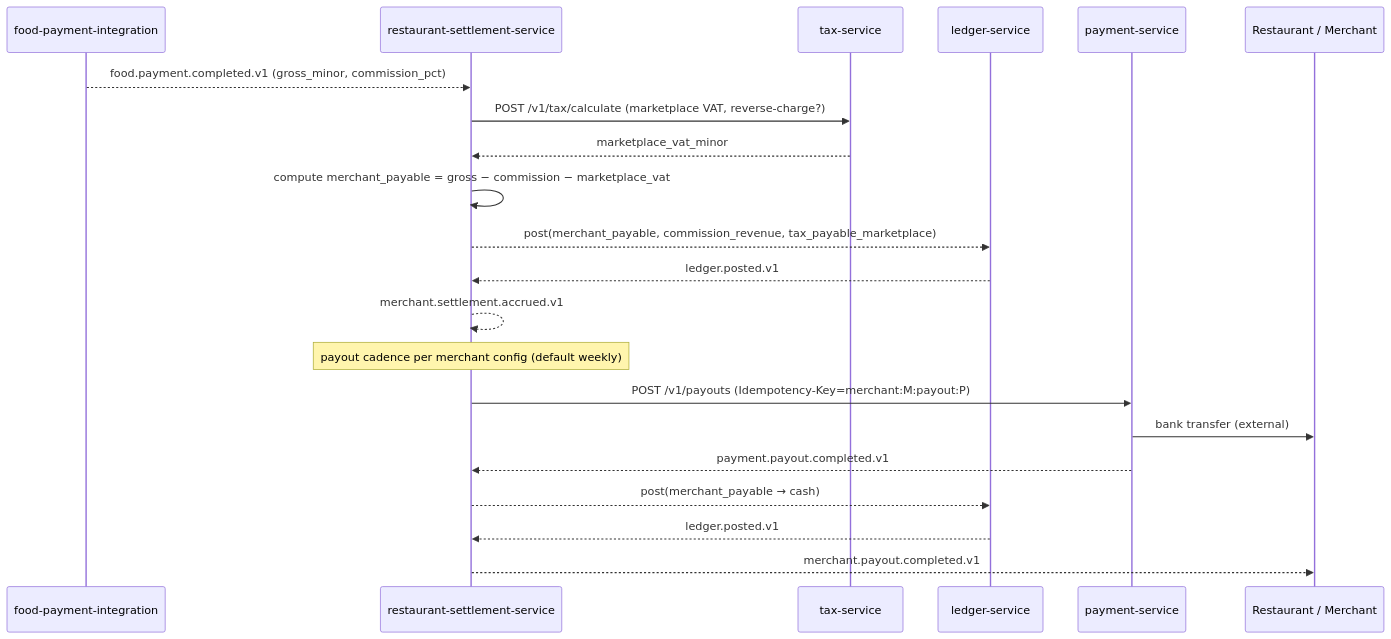
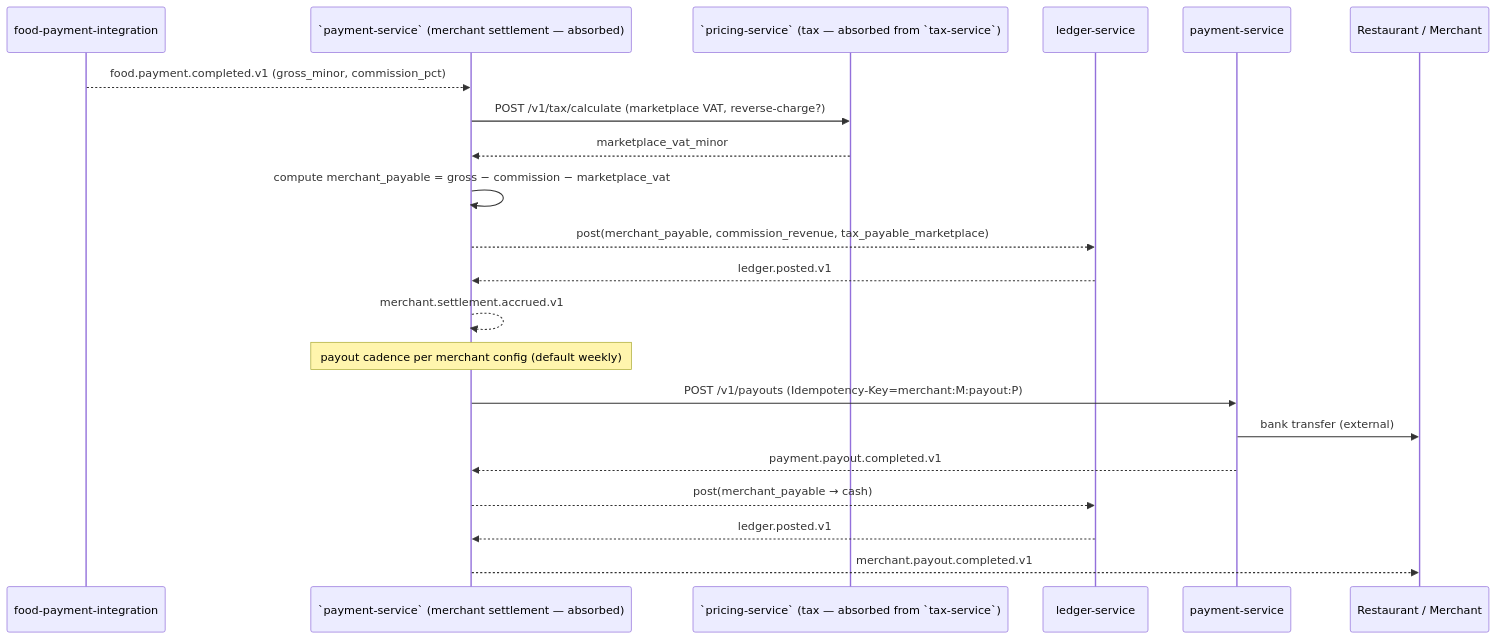
One commit to mohamedhabibwork/trips-enjoy-docs changed the sixth of 9 diagrams in docs/workflows/ACCOUNTING_WORKFLOWS.md. Above: the diagram before and after it, drawn with Mermaid. The commit also changed other lines of this file and 525 other files, not shown here.

````diff
--- a/docs/workflows/ACCOUNTING_WORKFLOWS.md
+++ b/docs/workflows/ACCOUNTING_WORKFLOWS.md
@@ -308,24 +308,24 @@
 ```mermaid
 sequenceDiagram
     participant ORCH as food-payment-integration
-    participant RS as restaurant-settlement-service
-    participant TX as tax-service
+    participant RS as `payment-service` (merchant settlement — absorbed)
+    participant TX as `pricing-service` (tax — absorbed from `tax-service`)
     participant LD as ledger-service
     participant PAY as payment-service
     participant MER as Restaurant / Merchant
 
     ORCH-->>RS: food.payment.completed.v1 (gross_minor, commission_pct)
     RS->>TX: POST /v1/tax/calculate (marketplace VAT, reverse-charge?)
     TX-->>RS: marketplace_vat_minor
     RS->>RS: compute merchant_payable = gross − commission − marketplace_vat
     RS-->>LD: post(merchant_payable, commission_revenue, tax_payable_marketplace)
     LD-->>RS: ledger.posted.v1
     RS-->>RS: merchant.settlement.accrued.v1
     Note over RS: payout cadence per merchant config (default weekly)
     RS->>PAY: POST /v1/payouts (Idempotency-Key=merchant:M:payout:P)
     PAY->>MER: bank transfer (external)
     PAY-->>RS: payment.payout.completed.v1
     RS-->>LD: post(merchant_payable → cash)
     LD-->>RS: ledger.posted.v1
     RS-->>MER: merchant.payout.completed.v1
 ```
````
